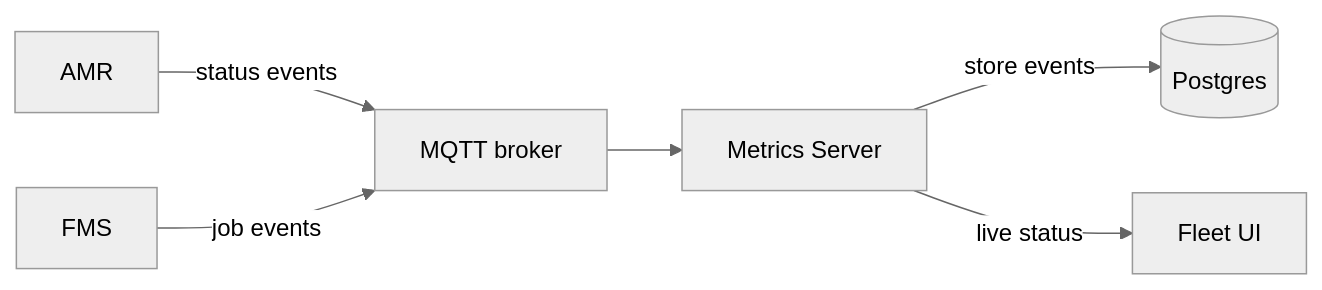
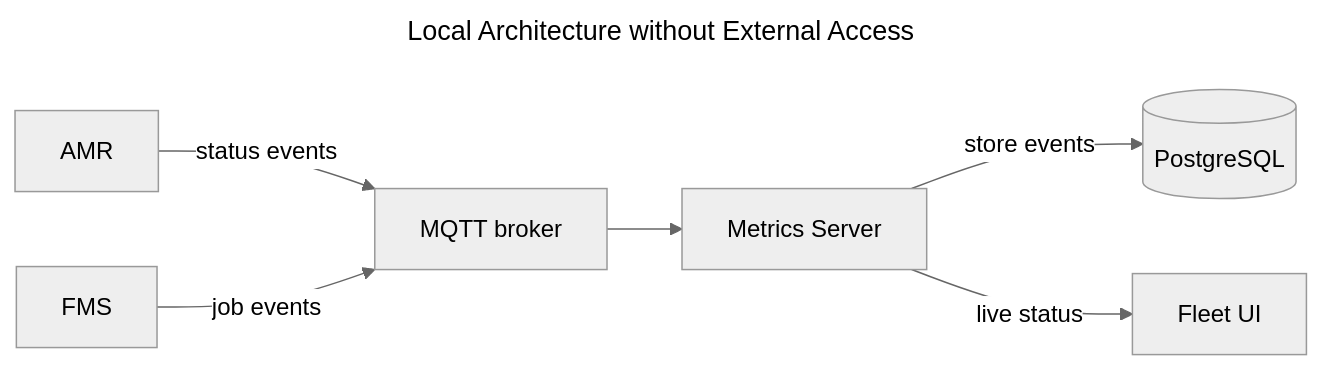
The first of 3 diagrams in architecture.md (hamkuu/robot-fleet-system), drawn with Mermaid (neutral theme) before and after one commit. The commit also changed other lines of this file, not shown here.

````diff
--- a/architecture.md
+++ b/architecture.md
@@ -21,8 +37,11 @@
 ```mermaid
+---
+title: Local Architecture without External Access
+---
 flowchart LR
-  AMR -->|status events| Broker[MQTT broker]
-  Fleet[FMS] -->|job events| Broker
-  Broker --> Metrics[Metrics Server]
-  Metrics -->|store events| DB[(Postgres)]
-  Metrics -->|live status| UI[Fleet UI]
+    AMR -->|status events| Broker[MQTT broker]
+    Fleet[FMS] -->|job events| Broker
+    Broker --> Metrics[Metrics Server]
+    Metrics -->|store events| DB[(PostgreSQL)]
+    Metrics -->|live status| UI[Fleet UI]
 ```
````
